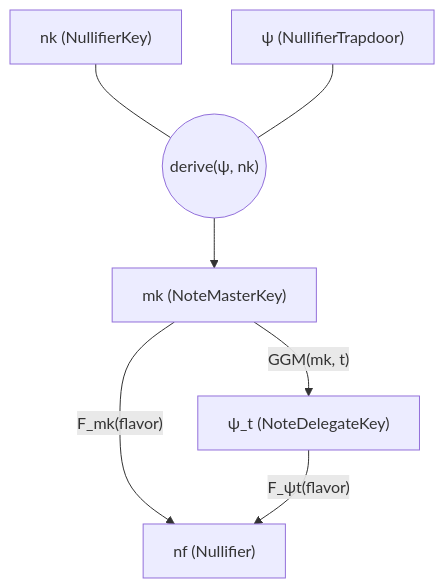
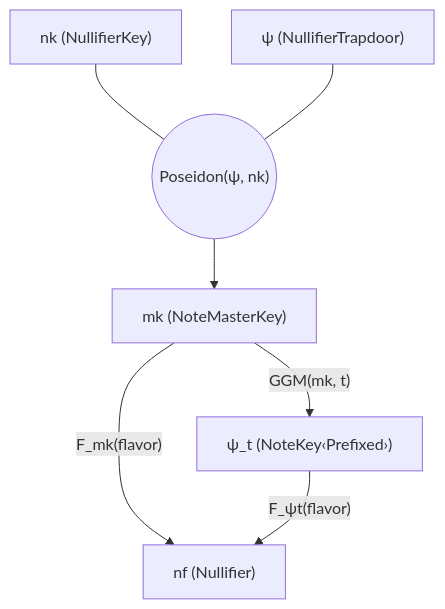
Before and after one commit to tachyon-zcash/tachyon: the diagram in book/src/notes.md, drawn with Mermaid. The commit also changed other lines of this file and 13 other files, not shown here.

````diff
--- a/book/src/notes.md
+++ b/book/src/notes.md
@@ -38,14 +38,14 @@
 ```mermaid
 flowchart TB
     nk["nk (NullifierKey)"]
     psi["ψ (NullifierTrapdoor)"]
     mk["mk (NoteMasterKey)"]
     nf["nf (Nullifier)"]
-    psi_t["ψ_t (NoteDelegateKey)"]
-    kdf(("derive(ψ, nk)"))
+    psi_t["ψ_t (NoteKey‹Prefixed›)"]
+    kdf(("Poseidon(ψ, nk)"))
 
     nk & psi ---  kdf --> mk
     mk -->|"F_mk(flavor)"| nf
     mk -->|"GGM(mk, t)"| psi_t
     psi_t -->|"F_ψt(flavor)"| nf
 ```
````
